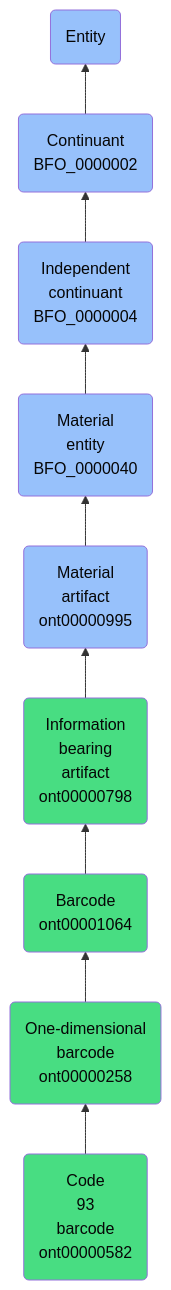
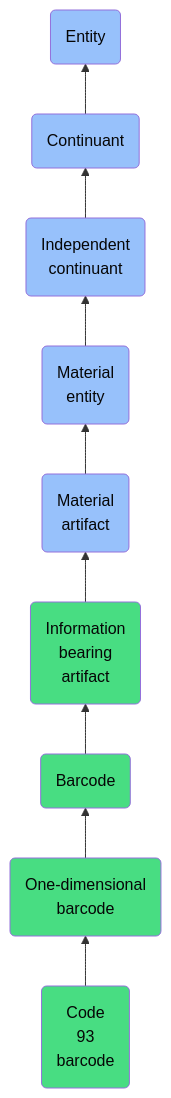
The diagram in docs/ontology/reference/model/Entity/Continuant/Independent continuant/Material entity/Material artifact/Information bearing artifact/Barcode/One-dimensional barcode/Code 93 barcode/Code 93 barcode.md (jupyter-naas/abi), drawn with Mermaid before and after one commit. The commit also changed other lines of this file and 1430 other files, not shown here.

````diff
--- a/docs/ontology/reference/model/Entity/Continuant/Independent continuant/Material entity/Material artifact/Information bearing artifact/Barcode/One-dimensional barcode/Code 93 barcode/Code 93 barcode.md
+++ b/docs/ontology/reference/model/Entity/Continuant/Independent continuant/Material entity/Material artifact/Information bearing artifact/Barcode/One-dimensional barcode/Code 93 barcode/Code 93 barcode.md
@@ -24,16 +24,16 @@
 ```mermaid
 graph BT
-    ont00000582(Code<br>93<br>barcode<br>ont00000582):::ABI-->ont00000258
-    ont00000258(One-dimensional<br>barcode<br>ont00000258):::ABI-->ont00001064
-    ont00001064(Barcode<br>ont00001064):::ABI-->ont00000798
-    ont00000798(Information<br>bearing<br>artifact<br>ont00000798):::ABI-->ont00000995
-    ont00000995(Material<br>artifact<br>ont00000995):::BFO-->BFO_0000040
-    BFO_0000040(Material<br>entity<br>BFO_0000040):::BFO-->BFO_0000004
-    BFO_0000004(Independent<br>continuant<br>BFO_0000004):::BFO-->BFO_0000002
-    BFO_0000002(Continuant<br>BFO_0000002):::BFO-->BFO_0000001
+    ont00000582(Code<br>93<br>barcode):::ABI-->ont00000258
+    ont00000258(One-dimensional<br>barcode):::ABI-->ont00001064
+    ont00001064(Barcode):::ABI-->ont00000798
+    ont00000798(Information<br>bearing<br>artifact):::ABI-->ont00000995
+    ont00000995(Material<br>artifact):::BFO-->BFO_0000040
+    BFO_0000040(Material<br>entity):::BFO-->BFO_0000004
+    BFO_0000004(Independent<br>continuant):::BFO-->BFO_0000002
+    BFO_0000002(Continuant):::BFO-->BFO_0000001
     BFO_0000001(Entity):::BFO
     
     classDef BFO fill:#97c1fb,color:#060606
     classDef CCO fill:#e4c51e,color:#060606
     classDef ABI fill:#48DD82,color:#060606
 ```
````
